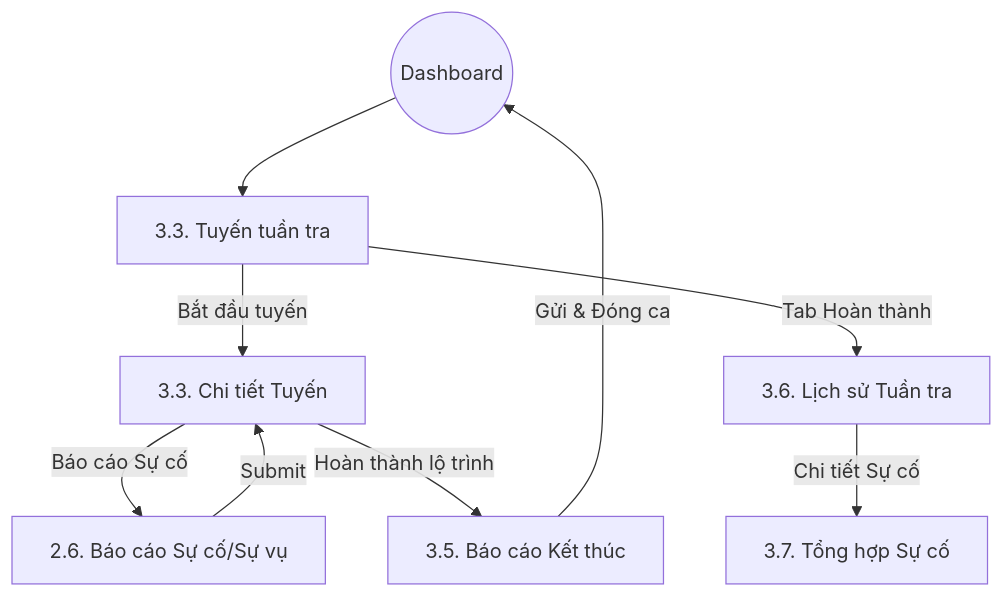
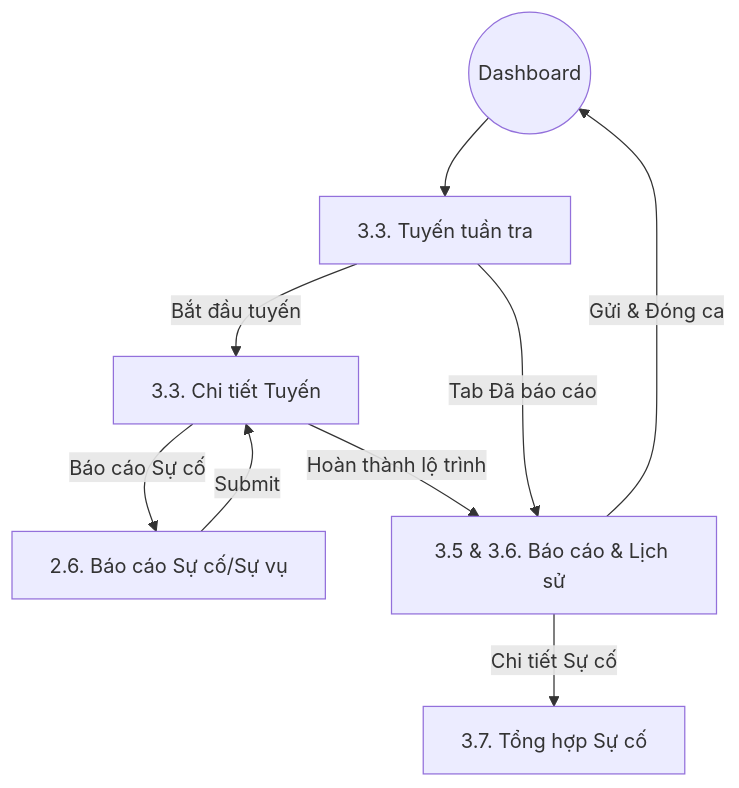
Before and after one commit to huynhtuanhung2302/Mobile-ANVL: the fourth of 4 diagrams in anvlmb/UI-specs/ui.index.md, drawn with Mermaid. The commit also changed other lines of this file and 16 other files, not shown here.

````diff
--- a/anvlmb/UI-specs/ui.index.md
+++ b/anvlmb/UI-specs/ui.index.md
@@ -42,11 +42,11 @@
 ```mermaid
 graph TD
     Dash((Dashboard)) --> Patrol[3.3. Tuyến tuần tra]
     Patrol -- "Bắt đầu tuyến" --> PDetail[3.3. Chi tiết Tuyến]
     PDetail -- "Báo cáo Sự cố" --> Occ[2.6. Báo cáo Sự cố/Sự vụ]
     Occ -- "Submit" --> PDetail
-    PDetail -- "Hoàn thành lộ trình" --> PReport[3.5. Báo cáo Kết thúc]
+    PDetail -- "Hoàn thành lộ trình" --> PReport[3.5 & 3.6. Báo cáo & Lịch sử]
     PReport -- "Gửi & Đóng ca" --> Dash
-    Patrol -- "Tab Hoàn thành" --> PHistory[3.6. Lịch sử Tuần tra]
-    PHistory -- "Chi tiết Sự cố" --> PInc[3.7. Tổng hợp Sự cố]
+    Patrol -- "Tab Đã báo cáo" --> PReport
+    PReport -- "Chi tiết Sự cố" --> PInc[3.7. Tổng hợp Sự cố]
 ```
````
